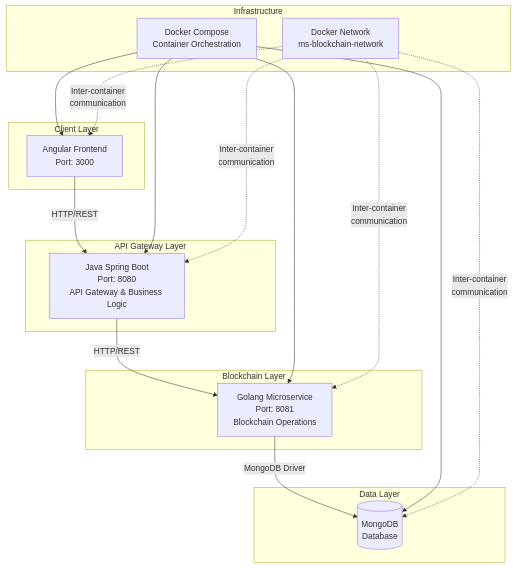
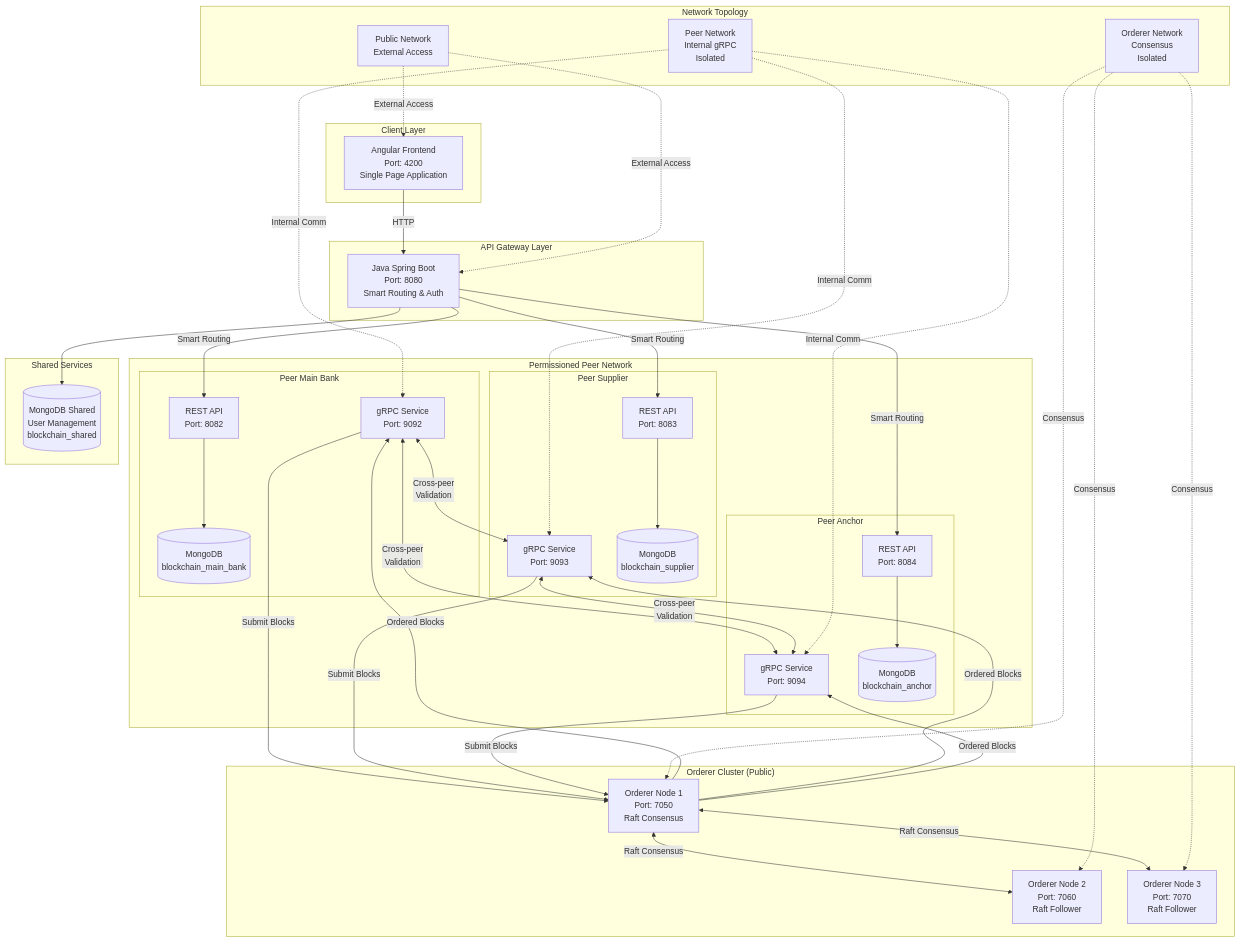
Before and after one commit to trunghc97/blockchain: the first of 9 diagrams in System_Design_Document.md, drawn with Mermaid. The commit also changed other lines of this file and 56 other files, not shown here.

First line of the commit message:
refactor: Implement permissioned blockchain architecture with multi-peer nodes and Orderer cluster

````diff
--- a/System_Design_Document.md
+++ b/System_Design_Document.md
@@ -33,37 +35,81 @@
 ```mermaid
 graph TB
     subgraph "Client Layer"
-        FE[Angular Frontend<br/>Port: 3000]
+        FE[Angular Frontend<br/>Port: 4200<br/>Single Page Application]
     end
 
     subgraph "API Gateway Layer"
-        JAVA[Java Spring Boot<br/>Port: 8080<br/>API Gateway & Business Logic]
+        JAVA[Java Spring Boot<br/>Port: 8080<br/>Smart Routing & Auth]
     end
 
-    subgraph "Blockchain Layer"
-        GO[Golang Microservice<br/>Port: 8081<br/>Blockchain Operations]
+    subgraph "Permissioned Peer Network"
+        subgraph "Peer Main Bank"
+            MB_API[REST API<br/>Port: 8082]
+            MB_GRPC[gRPC Service<br/>Port: 9092]
+            MB_DB[(MongoDB<br/>blockchain_main_bank)]
+        end
+
+        subgraph "Peer Supplier"
+            SUP_API[REST API<br/>Port: 8083]
+            SUP_GRPC[gRPC Service<br/>Port: 9093]
+            SUP_DB[(MongoDB<br/>blockchain_supplier)]
+        end
+
+        subgraph "Peer Anchor"
+            ANC_API[REST API<br/>Port: 8084]
+            ANC_GRPC[gRPC Service<br/>Port: 9094]
+            ANC_DB[(MongoDB<br/>blockchain_anchor)]
+        end
     end
 
-    subgraph "Data Layer"
-        MONGO[(MongoDB<br/>Database)]
+    subgraph "Orderer Cluster (Public)"
+        ORD1[Orderer Node 1<br/>Port: 7050<br/>Raft Consensus]
+        ORD2[Orderer Node 2<br/>Port: 7060<br/>Raft Follower]
+        ORD3[Orderer Node 3<br/>Port: 7070<br/>Raft Follower]
     end
 
-    subgraph "Infrastructure"
-        DOCKER[Docker Compose<br/>Container Orchestration]
-        NETWORK[Docker Network<br/>ms-blockchain-network]
+    subgraph "Shared Services"
+        SHARED_DB[(MongoDB Shared<br/>User Management<br/>blockchain_shared)]
     end
 
-    FE -->|HTTP/REST| JAVA
-    JAVA -->|HTTP/REST| GO
-    GO -->|MongoDB Driver| MONGO
+    subgraph "Network Topology"
+        PUBLIC[Public Network<br/>External Access]
+        PEER_NW[Peer Network<br/>Internal gRPC<br/>Isolated]
+        ORDERER_NW[Orderer Network<br/>Consensus<br/>Isolated]
+    end
 
-    DOCKER --> FE
-    DOCKER --> JAVA
-    DOCKER --> GO
-    DOCKER --> MONGO
+    %% Connections
+    FE -->|HTTP| JAVA
+    JAVA -->|Smart Routing| MB_API
+    JAVA -->|Smart Routing| SUP_API
+    JAVA -->|Smart Routing| ANC_API
 
-    NETWORK -.->|Inter-container<br/>communication| FE
-    NETWORK -.->|Inter-container<br/>communication| JAVA
-    NETWORK -.->|Inter-container<br/>communication| GO
-    NETWORK -.->|Inter-container<br/>communication| MONGO
+    MB_GRPC <-->|Cross-peer<br/>Validation| SUP_GRPC
+    MB_GRPC <-->|Cross-peer<br/>Validation| ANC_GRPC
+    SUP_GRPC <-->|Cross-peer<br/>Validation| ANC_GRPC
+
+    MB_GRPC -->|Submit Blocks| ORD1
+    SUP_GRPC -->|Submit Blocks| ORD1
+    ANC_GRPC -->|Submit Blocks| ORD1
+
+    ORD1 <-->|Raft Consensus| ORD2
+    ORD1 <-->|Raft Consensus| ORD3
+
+    ORD1 -->|Ordered Blocks| MB_GRPC
+    ORD1 -->|Ordered Blocks| SUP_GRPC
+    ORD1 -->|Ordered Blocks| ANC_GRPC
+
+    MB_API --> MB_DB
+    SUP_API --> SUP_DB
+    ANC_API --> ANC_DB
+    JAVA --> SHARED_DB
+
+    PUBLIC -.->|External Access| FE
+    PUBLIC -.->|External Access| JAVA
+    PEER_NW -.->|Internal Comm| MB_GRPC
+    PEER_NW -.->|Internal Comm| SUP_GRPC
+    PEER_NW -.->|Internal Comm| ANC_GRPC
+    ORDERER_NW -.->|Consensus| ORD1
+    ORDERER_NW -.->|Consensus| ORD2
+    ORDERER_NW -.->|Consensus| ORD3
 ```
````
